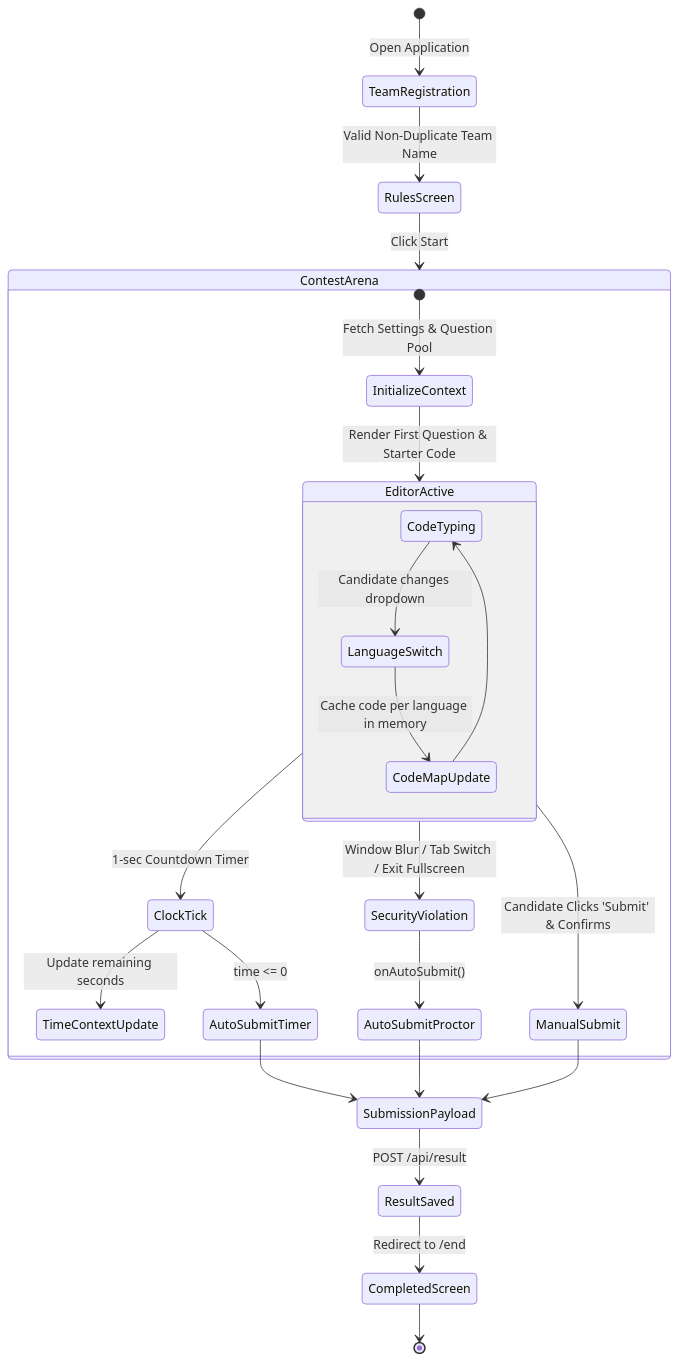
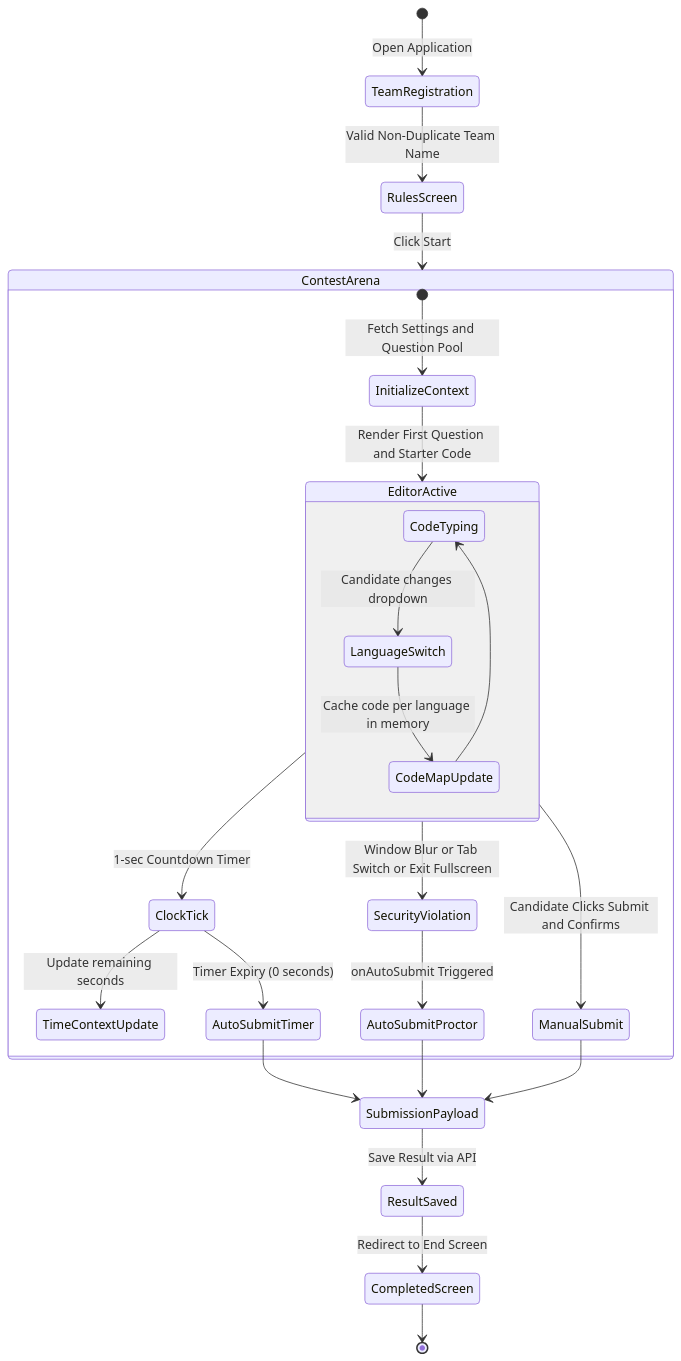
The sixth of 6 diagrams in README.md (pulkitgaba009/r1-cpr), drawn with Mermaid before and after one commit. The commit also changed other lines of this file, not shown here.

````diff
--- a/README.md
+++ b/README.md
@@ -541,34 +541,34 @@
 ```mermaid
 stateDiagram-v2
     [*] --> TeamRegistration : Open Application
     TeamRegistration --> RulesScreen : Valid Non-Duplicate Team Name
     RulesScreen --> ContestArena : Click Start
     
     state ContestArena {
-        [*] --> InitializeContext : Fetch Settings & Question Pool
-        InitializeContext --> EditorActive : Render First Question & Starter Code
+        [*] --> InitializeContext : Fetch Settings and Question Pool
+        InitializeContext --> EditorActive : Render First Question and Starter Code
         
         state EditorActive {
             CodeTyping --> LanguageSwitch : Candidate changes dropdown
             LanguageSwitch --> CodeMapUpdate : Cache code per language in memory
             CodeMapUpdate --> CodeTyping
         }
         
         EditorActive --> ClockTick : 1-sec Countdown Timer
         ClockTick --> TimeContextUpdate : Update remaining seconds
-        ClockTick --> AutoSubmitTimer : time <= 0
+        ClockTick --> AutoSubmitTimer : Timer Expiry (0 seconds)
         
-        EditorActive --> SecurityViolation : Window Blur / Tab Switch / Exit Fullscreen
-        SecurityViolation --> AutoSubmitProctor : onAutoSubmit()
+        EditorActive --> SecurityViolation : Window Blur or Tab Switch or Exit Fullscreen
+        SecurityViolation --> AutoSubmitProctor : onAutoSubmit Triggered
         
-        EditorActive --> ManualSubmit : Candidate Clicks 'Submit' & Confirms
+        EditorActive --> ManualSubmit : Candidate Clicks Submit and Confirms
     }
     
     AutoSubmitTimer --> SubmissionPayload
     AutoSubmitProctor --> SubmissionPayload
     ManualSubmit --> SubmissionPayload
     
-    SubmissionPayload --> ResultSaved : POST /api/result
-    ResultSaved --> CompletedScreen : Redirect to /end
+    SubmissionPayload --> ResultSaved : Save Result via API
+    ResultSaved --> CompletedScreen : Redirect to End Screen
     CompletedScreen --> [*]
 ```
````
